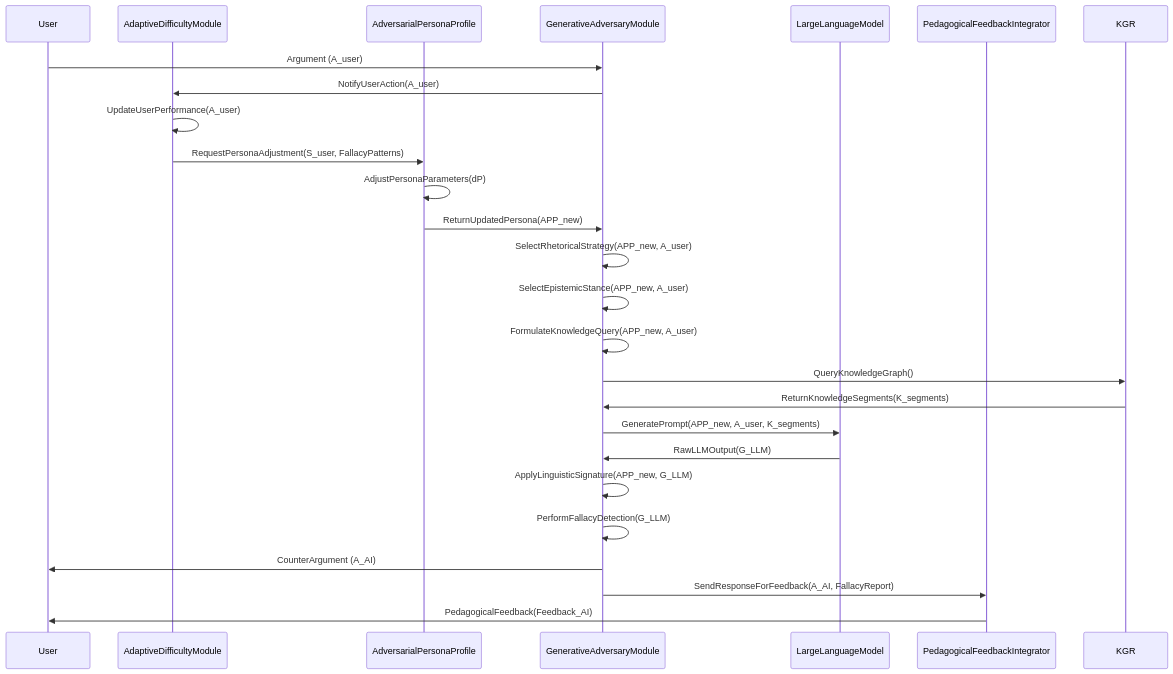
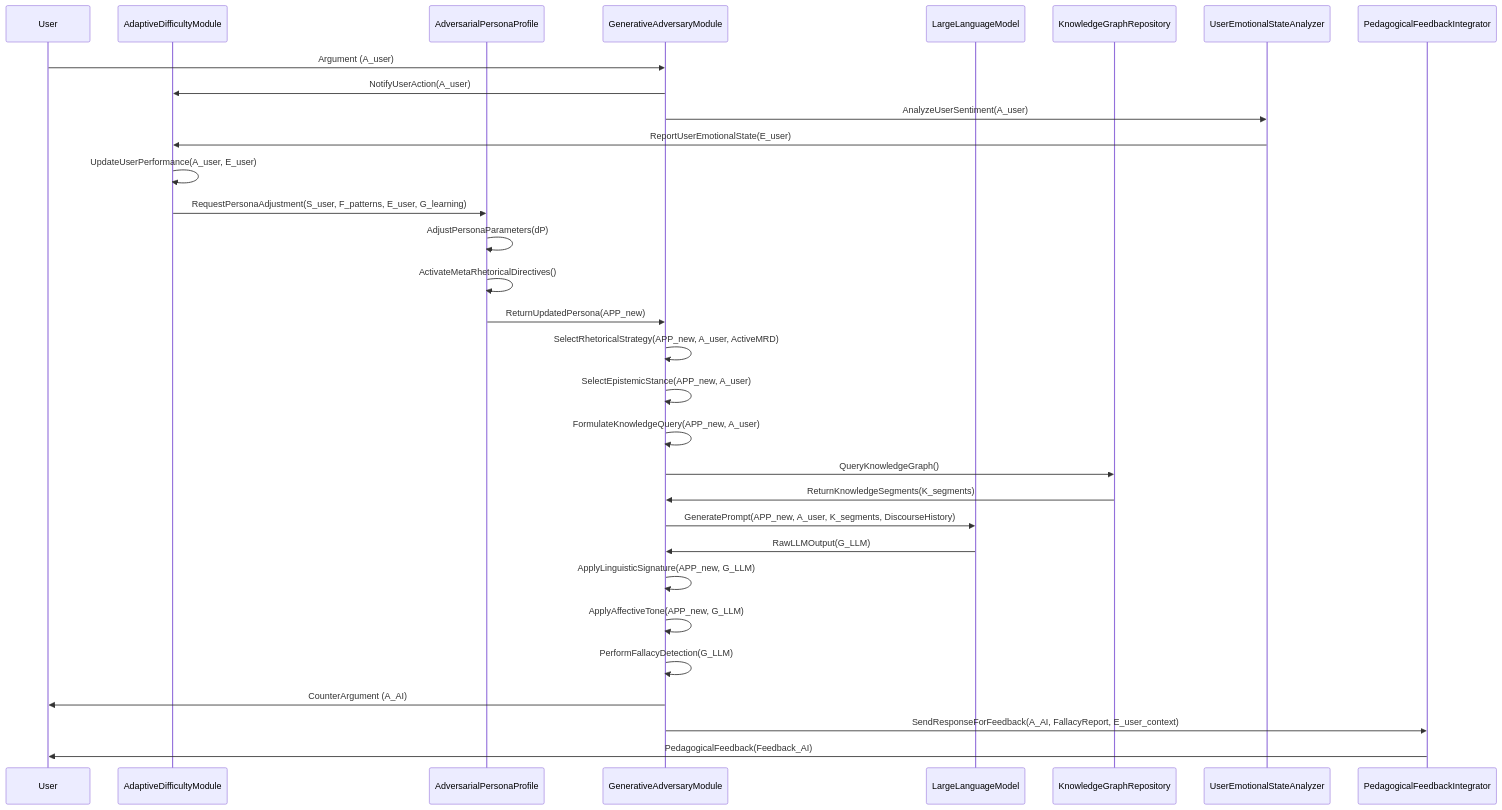
Diagram 12 of 13 in inventions/018_ai_debate_adversary/adversarial_persona_strategy.md (diplomat-bit/Citibank_Demo_Business_Inc_Demonstration-), drawn with Mermaid before and after one commit. The commit also changed other lines of this file, not shown here.

Commit message:
[AI] Edit: inventions/018_ai_debate_adversary/adversarial_persona_strategy.md

````diff
--- a/inventions/018_ai_debate_adversary/adversarial_persona_strategy.md
+++ b/inventions/018_ai_debate_adversary/adversarial_persona_strategy.md
@@ -710,29 +902,35 @@
 ```mermaid
 sequenceDiagram
     participant U as User
     participant ADM as AdaptiveDifficultyModule
     participant APP as AdversarialPersonaProfile
     participant GAM as GenerativeAdversaryModule
     participant LLM as LargeLanguageModel
+    participant KGR as KnowledgeGraphRepository
+    participant UES as UserEmotionalStateAnalyzer
     participant PFI as PedagogicalFeedbackIntegrator
 
     U->>GAM: Argument (A_user)
     GAM->>ADM: NotifyUserAction(A_user)
-    ADM->>ADM: UpdateUserPerformance(A_user)
-    ADM->>APP: RequestPersonaAdjustment(S_user, FallacyPatterns)
+    GAM->>UES: AnalyzeUserSentiment(A_user)
+    UES->>ADM: ReportUserEmotionalState(E_user)
+    ADM->>ADM: UpdateUserPerformance(A_user, E_user)
+    ADM->>APP: RequestPersonaAdjustment(S_user, F_patterns, E_user, G_learning)
     APP->>APP: AdjustPersonaParameters(dP)
+    APP->>APP: ActivateMetaRhetoricalDirectives()
     APP->>GAM: ReturnUpdatedPersona(APP_new)
 
-    GAM->>GAM: SelectRhetoricalStrategy(APP_new, A_user)
+    GAM->>GAM: SelectRhetoricalStrategy(APP_new, A_user, ActiveMRD)
     GAM->>GAM: SelectEpistemicStance(APP_new, A_user)
     GAM->>GAM: FormulateKnowledgeQuery(APP_new, A_user)
     GAM->>KGR: QueryKnowledgeGraph()
     KGR->>GAM: ReturnKnowledgeSegments(K_segments)
-    GAM->>LLM: GeneratePrompt(APP_new, A_user, K_segments)
+    GAM->>LLM: GeneratePrompt(APP_new, A_user, K_segments, DiscourseHistory)
     LLM->>GAM: RawLLMOutput(G_LLM)
     GAM->>GAM: ApplyLinguisticSignature(APP_new, G_LLM)
+    GAM->>GAM: ApplyAffectiveTone(APP_new, G_LLM)
     GAM->>GAM: PerformFallacyDetection(G_LLM)
     GAM->>U: CounterArgument (A_AI)
-    GAM->>PFI: SendResponseForFeedback(A_AI, FallacyReport)
+    GAM->>PFI: SendResponseForFeedback(A_AI, FallacyReport, E_user_context)
     PFI->>U: PedagogicalFeedback(Feedback_AI)
 ```
````
